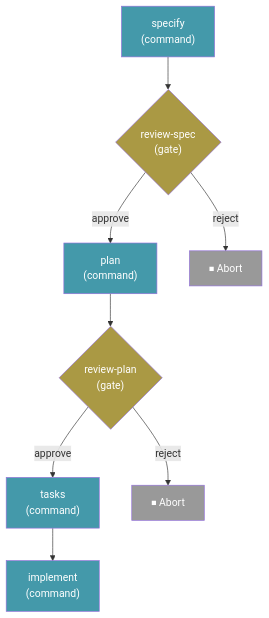
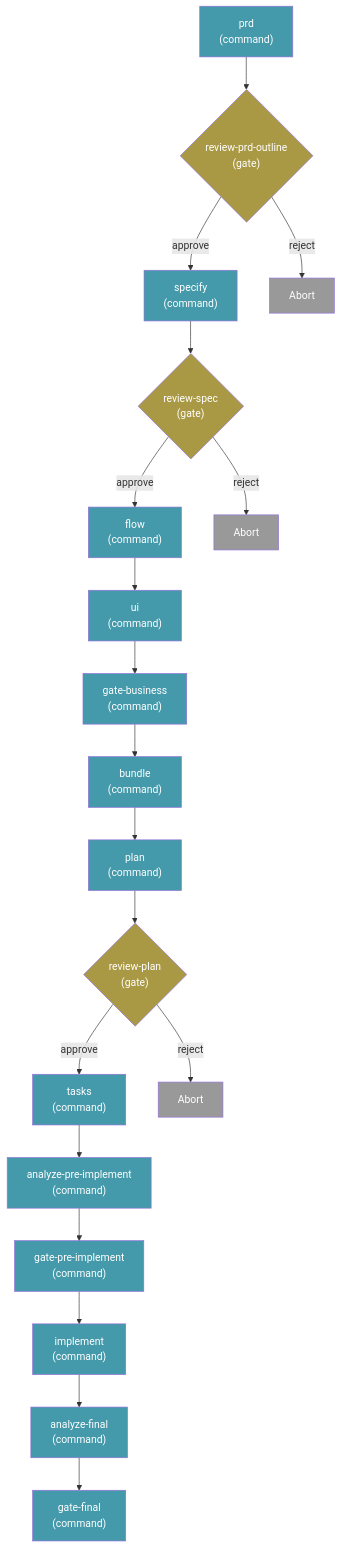
The diagram in docs/reference/workflows.md (flyfoxai/SpecCompass), drawn with Mermaid before and after one commit. The commit also changed other lines of this file and 61 other files, not shown here.

````diff
--- a/docs/reference/workflows.md
+++ b/docs/reference/workflows.md
@@ -198,19 +282,41 @@
 ```mermaid
 flowchart TB
-    A["specify<br/>(command)"] --> B{"review-spec<br/>(gate)"}
-    B -- approve --> C["plan<br/>(command)"]
-    B -- reject --> X1["⏹ Abort"]
-    C --> D{"review-plan<br/>(gate)"}
-    D -- approve --> E["tasks<br/>(command)"]
-    D -- reject --> X2["⏹ Abort"]
-    E --> F["implement<br/>(command)"]
+    A["prd<br/>(command)"] --> B{"review-prd-outline<br/>(gate)"}
+    B -- approve --> C["specify<br/>(command)"]
+    B -- reject --> X1["Abort"]
+    C --> D{"review-spec<br/>(gate)"}
+    D -- approve --> E["flow<br/>(command)"]
+    D -- reject --> X2["Abort"]
+    E --> F["ui<br/>(command)"]
+    F --> G["gate-business<br/>(command)"]
+    G --> H["bundle<br/>(command)"]
+    H --> I["plan<br/>(command)"]
+    I --> J{"review-plan<br/>(gate)"}
+    J -- approve --> K["tasks<br/>(command)"]
+    J -- reject --> X3["Abort"]
+    K --> L["analyze-pre-implement<br/>(command)"]
+    L --> M["gate-pre-implement<br/>(command)"]
+    M --> N["implement<br/>(command)"]
+    N --> O["analyze-final<br/>(command)"]
+    O --> P["gate-final<br/>(command)"]
 
     style A fill:#49a,color:#fff
     style B fill:#a94,color:#fff
     style C fill:#49a,color:#fff
     style D fill:#a94,color:#fff
     style E fill:#49a,color:#fff
     style F fill:#49a,color:#fff
+    style G fill:#49a,color:#fff
+    style H fill:#49a,color:#fff
+    style I fill:#49a,color:#fff
+    style J fill:#a94,color:#fff
+    style K fill:#49a,color:#fff
+    style L fill:#49a,color:#fff
+    style M fill:#49a,color:#fff
+    style N fill:#49a,color:#fff
+    style O fill:#49a,color:#fff
+    style P fill:#49a,color:#fff
     style X1 fill:#999,color:#fff
     style X2 fill:#999,color:#fff
+    style X3 fill:#999,color:#fff
 ```
````
